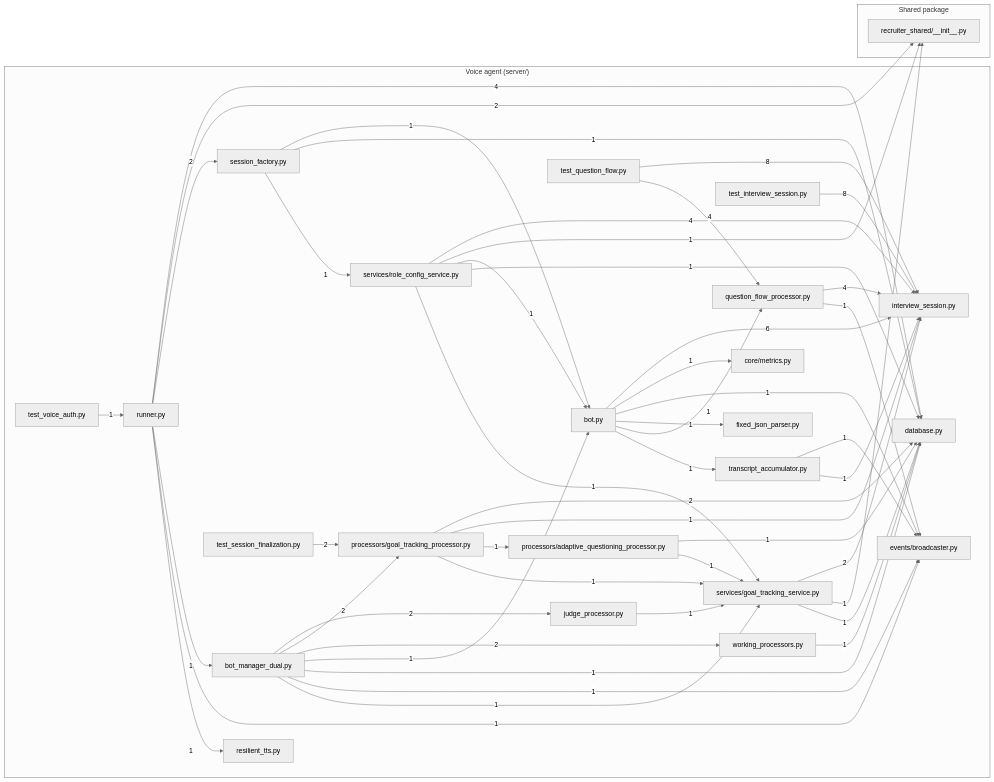
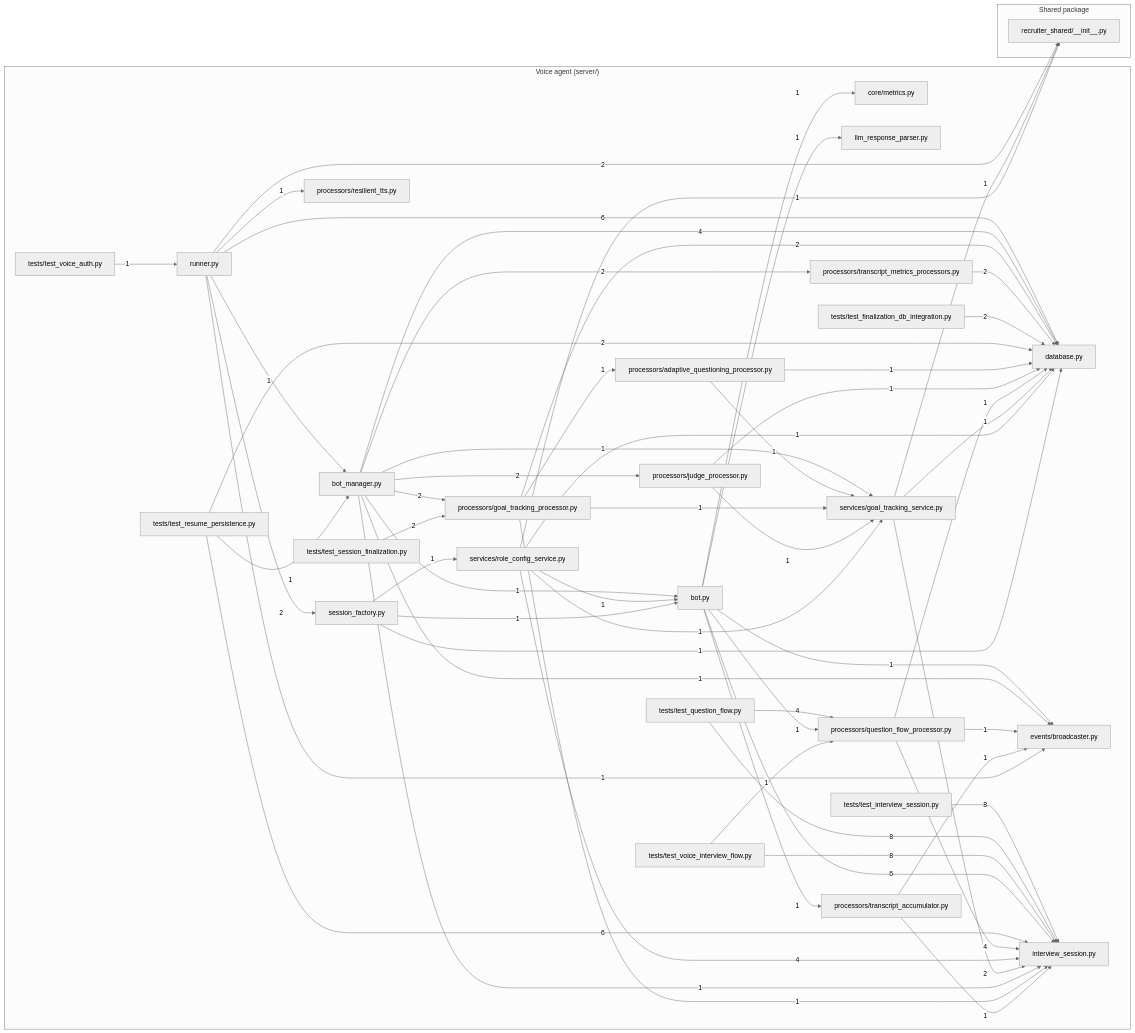
One commit to abdulbasit339711-hue/AI_recruiter changed the third of 5 diagrams in MODULE_GRAPH.md. Above: the diagram before and after it, drawn with Mermaid (neutral theme). The commit also changed other lines of this file and 85 other files, not shown here.

First line of the commit message:
refactor: rename voice service to voice-agent/ and clarify module names

````diff
--- a/MODULE_GRAPH.md
+++ b/MODULE_GRAPH.md
@@ -246,76 +247,88 @@
 graph LR
   subgraph Voice_agent__server__["Voice agent (server/)"]
     n30["bot.py"]
-    n31["bot_manager_dual.py"]
+    n31["bot_manager.py"]
     n32["core/metrics.py"]
     n33["database.py"]
     n34["events/broadcaster.py"]
-    n35["fixed_json_parser.py"]
-    n36["interview_session.py"]
-    n37["judge_processor.py"]
-    n38["processors/adaptive_questioning_processor.py"]
-    n39["processors/goal_tracking_processor.py"]
-    n40["question_flow_processor.py"]
-    n41["resilient_tts.py"]
-    n42["runner.py"]
-    n43["services/goal_tracking_service.py"]
-    n44["services/role_config_service.py"]
-    n45["session_factory.py"]
-    n46["test_interview_session.py"]
-    n47["test_question_flow.py"]
-    n48["test_session_finalization.py"]
-    n49["test_voice_auth.py"]
-    n50["transcript_accumulator.py"]
-    n51["working_processors.py"]
+    n35["interview_session.py"]
+    n36["llm_response_parser.py"]
+    n37["processors/adaptive_questioning_processor.py"]
+    n38["processors/goal_tracking_processor.py"]
+    n39["processors/judge_processor.py"]
+    n40["processors/question_flow_processor.py"]
+    n41["processors/resilient_tts.py"]
+    n42["processors/transcript_accumulator.py"]
+    n43["processors/transcript_metrics_processors.py"]
+    n44["runner.py"]
+    n45["services/goal_tracking_service.py"]
+    n46["services/role_config_service.py"]
+    n47["session_factory.py"]
+    n48["tests/test_finalization_db_integration.py"]
+    n49["tests/test_interview_session.py"]
+    n50["tests/test_question_flow.py"]
+    n51["tests/test_resume_persistence.py"]
+    n52["tests/test_session_finalization.py"]
+    n53["tests/test_voice_auth.py"]
+    n54["tests/test_voice_interview_flow.py"]
   end
   subgraph Shared_package["Shared package"]
     n29["recruiter_shared/__init__.py"]
   end
-  n46 -->|8| n36
-  n47 -->|8| n36
-  n30 -->|6| n36
-  n40 -->|4| n36
-  n42 -->|4| n33
-  n44 -->|4| n36
-  n47 -->|4| n40
-  n31 -->|2| n37
+  n49 -->|8| n35
+  n50 -->|8| n35
+  n54 -->|8| n35
+  n30 -->|6| n35
+  n44 -->|6| n33
+  n51 -->|6| n35
+  n31 -->|4| n33
+  n40 -->|4| n35
+  n46 -->|4| n35
+  n50 -->|4| n40
+  n31 -->|2| n38
   n31 -->|2| n39
-  n31 -->|2| n51
-  n39 -->|2| n33
-  n42 -->|2| n29
-  n42 -->|2| n45
-  n43 -->|2| n36
-  n48 -->|2| n39
+  n31 -->|2| n43
+  n38 -->|2| n33
+  n43 -->|2| n33
+  n44 -->|2| n29
+  n44 -->|2| n47
+  n45 -->|2| n35
+  n48 -->|2| n33
+  n51 -->|2| n33
+  n52 -->|2| n38
   n30 -->|1| n32
   n30 -->|1| n34
-  n30 -->|1| n35
+  n30 -->|1| n36
   n30 -->|1| n40
-  n30 -->|1| n50
+  n30 -->|1| n42
   n31 -->|1| n30
-  n31 -->|1| n33
   n31 -->|1| n34
-  n31 -->|1| n43
-  n37 -->|1| n43
-  n38 -->|1| n33
-  n38 -->|1| n43
-  n39 -->|1| n36
-  n39 -->|1| n38
-  n39 -->|1| n43
+  n31 -->|1| n35
+  n31 -->|1| n45
+  n37 -->|1| n33
+  n37 -->|1| n45
+  n38 -->|1| n35
+  n38 -->|1| n37
+  n38 -->|1| n45
+  n39 -->|1| n33
+  n39 -->|1| n45
+  n40 -->|1| n33
   n40 -->|1| n34
-  n42 -->|1| n31
   n42 -->|1| n34
-  n42 -->|1| n41
-  n43 -->|1| n29
-  n43 -->|1| n33
-  n44 -->|1| n29
-  n44 -->|1| n30
-  n44 -->|1| n33
-  n44 -->|1| n43
-  n45 -->|1| n30
+  n42 -->|1| n35
+  n44 -->|1| n31
+  n44 -->|1| n34
+  n44 -->|1| n41
+  n45 -->|1| n29
   n45 -->|1| n33
-  n45 -->|1| n44
-  n49 -->|1| n42
-  n50 -->|1| n34
-  n50 -->|1| n36
-  n51 -->|1| n33
+  n46 -->|1| n29
+  n46 -->|1| n30
+  n46 -->|1| n33
+  n46 -->|1| n45
+  n47 -->|1| n30
+  n47 -->|1| n33
+  n47 -->|1| n46
+  n51 -->|1| n31
+  n53 -->|1| n44
+  n54 -->|1| n40
 ```
````
